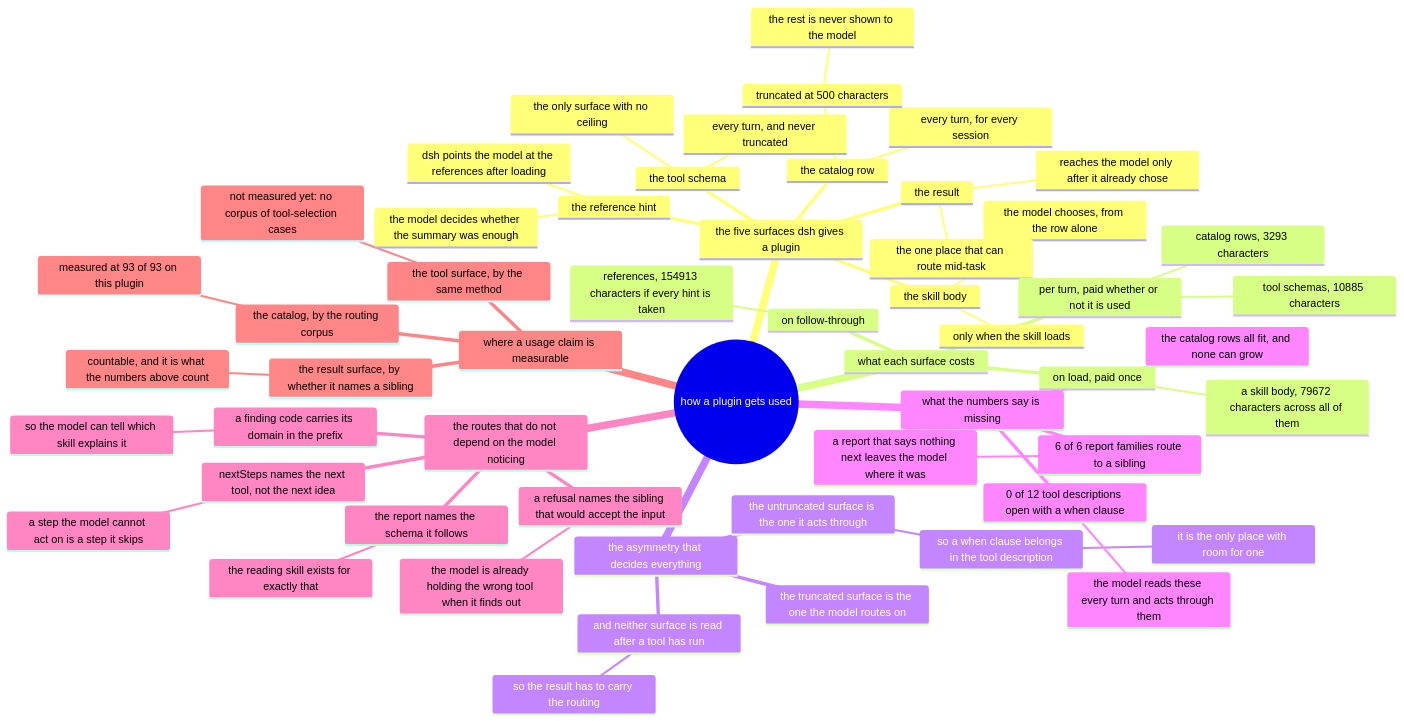
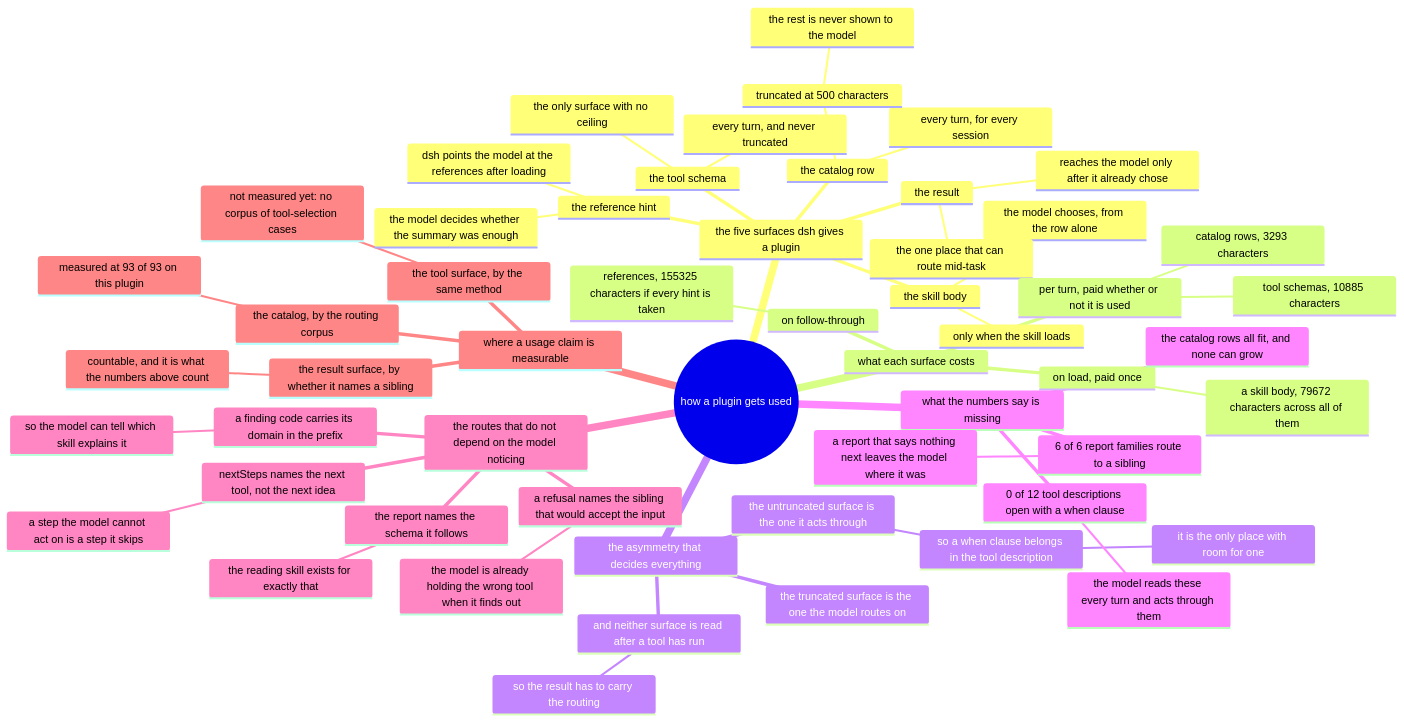
Before and after one commit to AmethystLuna/dsh-model-everything: the diagram in docs/usage/mindmap.mmd, drawn with Mermaid. The commit also changed 10 other files, not shown here.

```diff
--- a/docs/usage/mindmap.mmd
+++ b/docs/usage/mindmap.mmd
@@ -1,56 +1,56 @@
 mindmap
 root((how a plugin gets used))
   the five surfaces dsh gives a plugin
     the catalog row
       every turn, for every session
       truncated at 500 characters
         the rest is never shown to the model
     the skill body
       only when the skill loads
       the model chooses, from the row alone
     the reference hint
       dsh points the model at the references after loading
       the model decides whether the summary was enough
     the tool schema
       every turn, and never truncated
       the only surface with no ceiling
     the result
       reaches the model only after it already chose
       the one place that can route mid-task
   what each surface costs
     per turn, paid whether or not it is used
       catalog rows, 3293 characters
       tool schemas, 10885 characters
     on load, paid once
       a skill body, 79672 characters across all of them
     on follow-through
-      references, 154913 characters if every hint is taken
+      references, 155325 characters if every hint is taken
   the asymmetry that decides everything
     the truncated surface is the one the model routes on
     the untruncated surface is the one it acts through
       so a when clause belongs in the tool description
         it is the only place with room for one
     and neither surface is read after a tool has run
       so the result has to carry the routing
   what the numbers say is missing
     0 of 12 tool descriptions open with a when clause
       the model reads these every turn and acts through them
     6 of 6 report families route to a sibling
       a report that says nothing next leaves the model where it was
     the catalog rows all fit, and none can grow
   the routes that do not depend on the model noticing
     a refusal names the sibling that would accept the input
       the model is already holding the wrong tool when it finds out
     nextSteps names the next tool, not the next idea
       a step the model cannot act on is a step it skips
     a finding code carries its domain in the prefix
       so the model can tell which skill explains it
     the report names the schema it follows
       the reading skill exists for exactly that
   where a usage claim is measurable
     the catalog, by the routing corpus
       measured at 93 of 93 on this plugin
     the tool surface, by the same method
       not measured yet: no corpus of tool-selection cases
     the result surface, by whether it names a sibling
       countable, and it is what the numbers above count
```
